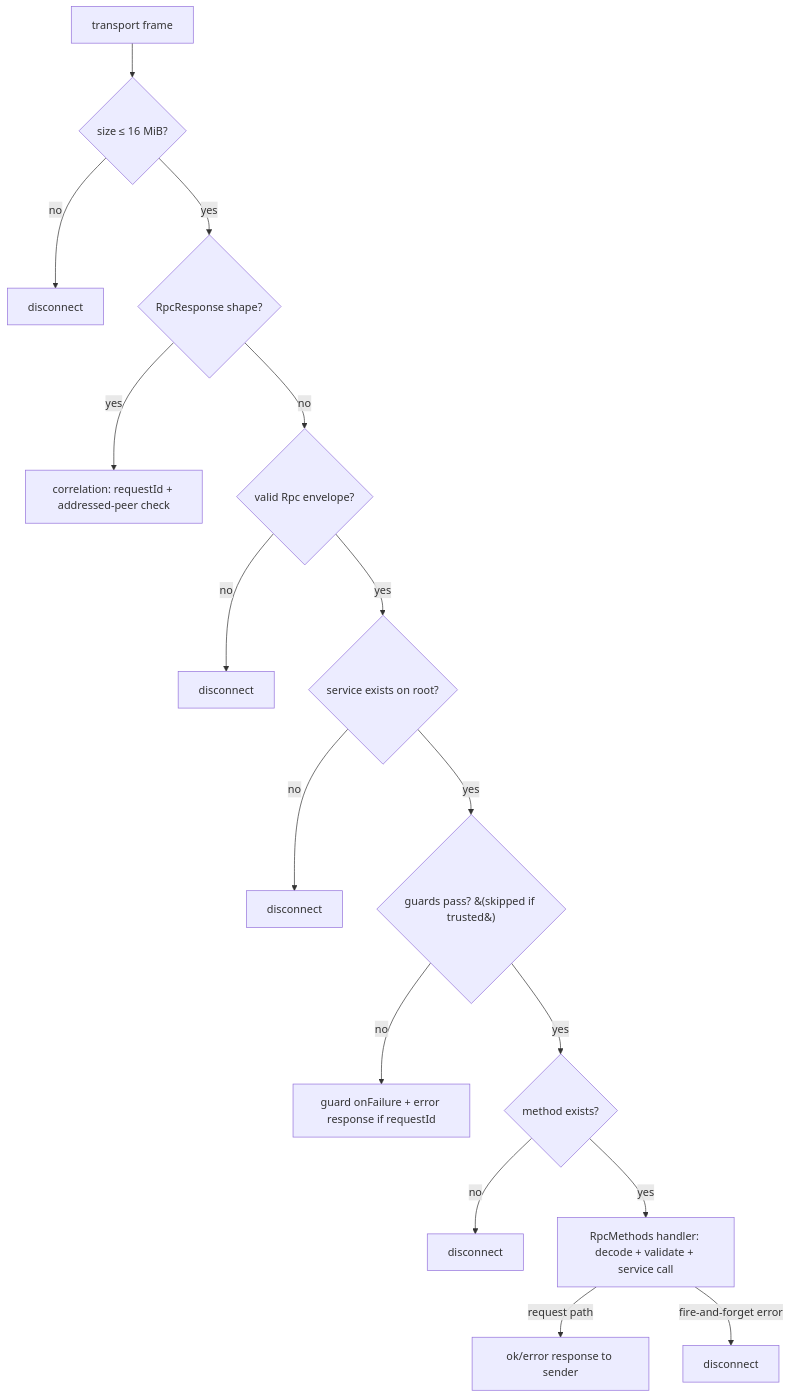
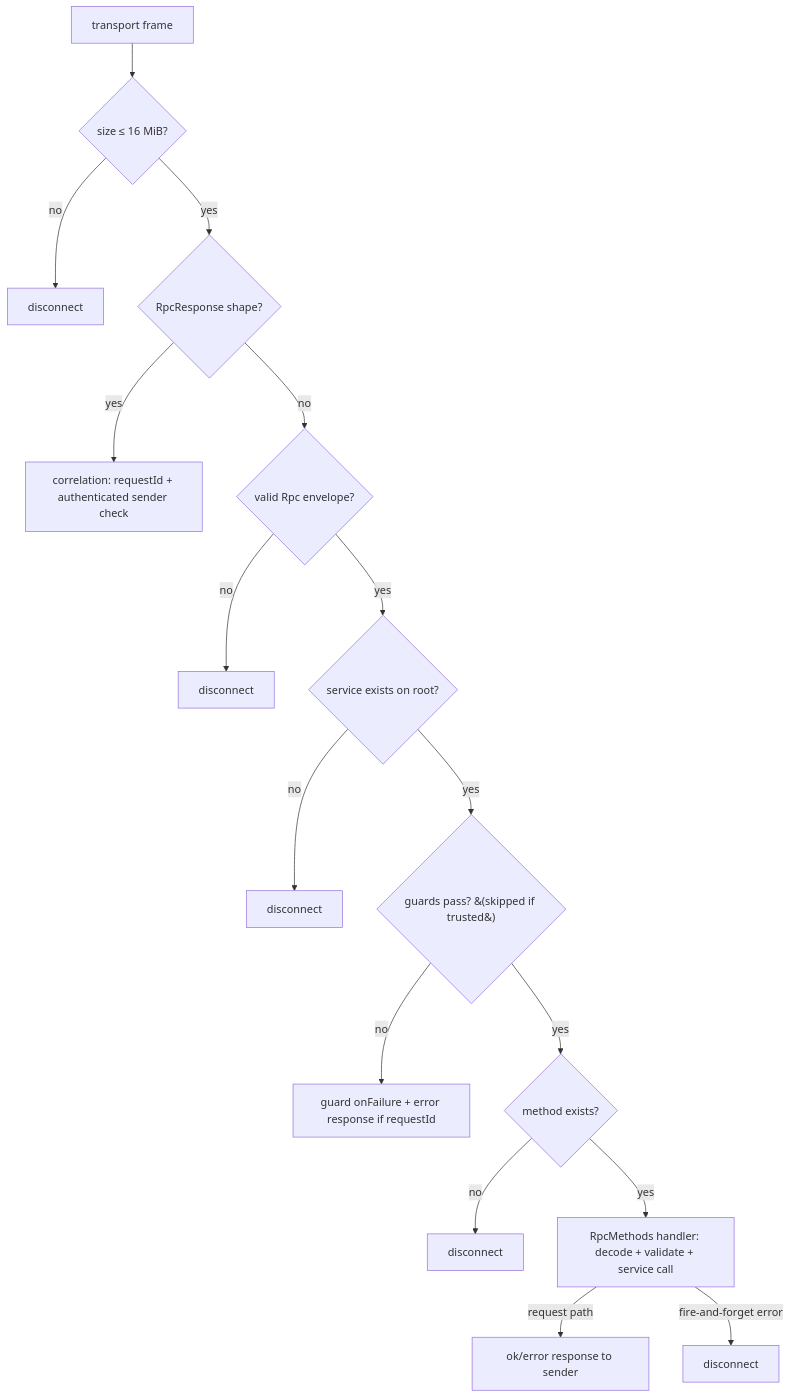
The diagram in docs/spec/implementation/views/architecture/sdk/rpc/README.md (peer3to/state-channels-plus), drawn with Mermaid before and after one commit. The commit also changed 188 other files, not shown here.

````diff
--- a/docs/spec/implementation/views/architecture/sdk/rpc/README.md
+++ b/docs/spec/implementation/views/architecture/sdk/rpc/README.md
@@ -388,18 +388,18 @@
 ```mermaid
 flowchart TD
     F[transport frame] --> S{size ≤ 16 MiB?}
     S -- no --> D1[disconnect]
     S -- yes --> R{RpcResponse shape?}
-    R -- yes --> C[correlation: requestId + addressed-peer check]
+    R -- yes --> C[correlation: requestId + authenticated sender check]
     R -- no --> E{valid Rpc envelope?}
     E -- no --> D2[disconnect]
     E -- yes --> SV{service exists on root?}
     SV -- no --> D3[disconnect]
     SV -- yes --> G{guards pass? &#40;skipped if trusted&#41;}
     G -- no --> GF[guard onFailure + error response if requestId]
     G -- yes --> M{method exists?}
     M -- no --> D4[disconnect]
     M -- yes --> H[RpcMethods handler: decode + validate + service call]
     H -- request path --> RESP[ok/error response to sender]
     H -- fire-and-forget error --> D5[disconnect]
 ```
````
